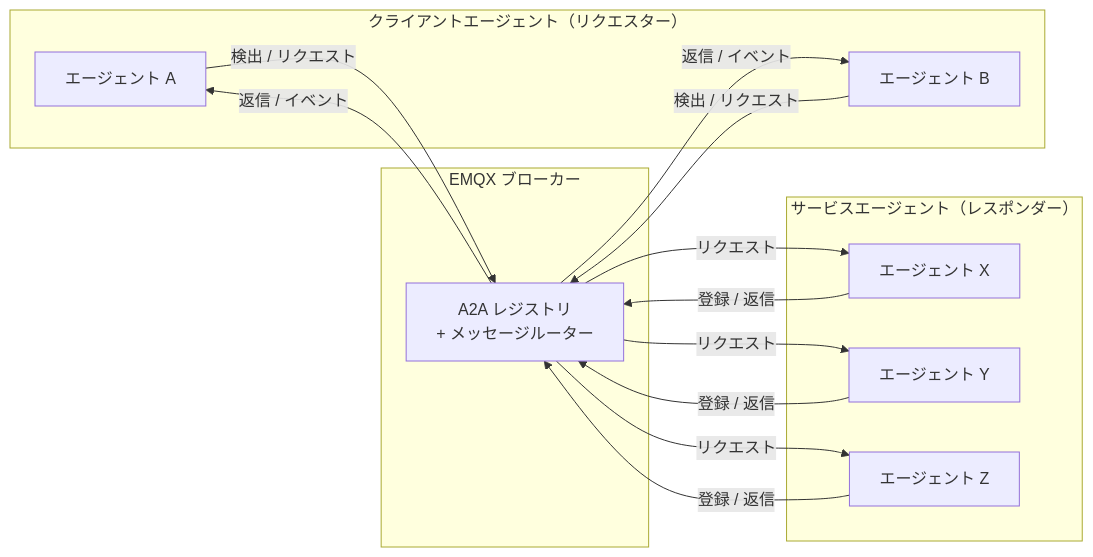
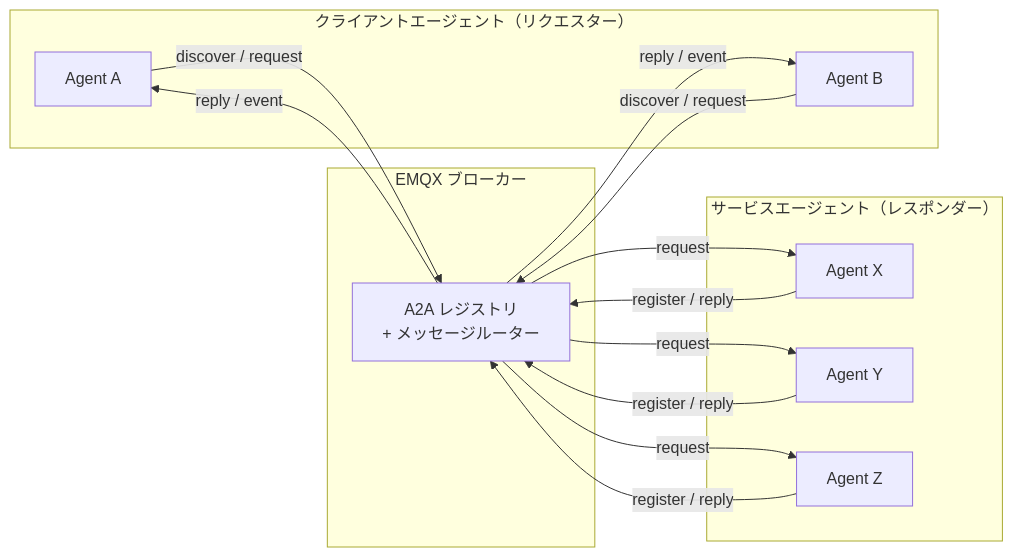
The first of 2 diagrams in ja_JP/emqx-ai/a2a-over-mqtt/architecture.md (emqx/emqx-docs), drawn with Mermaid before and after one commit. The commit also changed other lines of this file and 68 other files, not shown here.

````diff
--- a/ja_JP/emqx-ai/a2a-over-mqtt/architecture.md
+++ b/ja_JP/emqx-ai/a2a-over-mqtt/architecture.md
@@ -13,28 +13,28 @@
 ```mermaid
 graph LR
     subgraph "クライアントエージェント（リクエスター）"
-        CA1[エージェント A]
-        CA2[エージェント B]
+        CA1[Agent A]
+        CA2[Agent B]
     end
 
     subgraph "EMQX ブローカー"
         B[A2A レジストリ\n+ メッセージルーター]
     end
 
     subgraph "サービスエージェント（レスポンダー）"
-        SA1[エージェント X]
-        SA2[エージェント Y]
-        SA3[エージェント Z]
+        SA1[Agent X]
+        SA2[Agent Y]
+        SA3[Agent Z]
     end
 
-    CA1 -- "検出 / リクエスト" --> B
-    CA2 -- "検出 / リクエスト" --> B
-    B -- "返信 / イベント" --> CA1
-    B -- "返信 / イベント" --> CA2
-    B -- "リクエスト" --> SA1
-    B -- "リクエスト" --> SA2
-    B -- "リクエスト" --> SA3
-    SA1 -- "登録 / 返信" --> B
-    SA2 -- "登録 / 返信" --> B
-    SA3 -- "登録 / 返信" --> B
+    CA1 -- "discover / request" --> B
+    CA2 -- "discover / request" --> B
+    B -- "reply / event" --> CA1
+    B -- "reply / event" --> CA2
+    B -- "request" --> SA1
+    B -- "request" --> SA2
+    B -- "request" --> SA3
+    SA1 -- "register / reply" --> B
+    SA2 -- "register / reply" --> B
+    SA3 -- "register / reply" --> B
 ```
````
